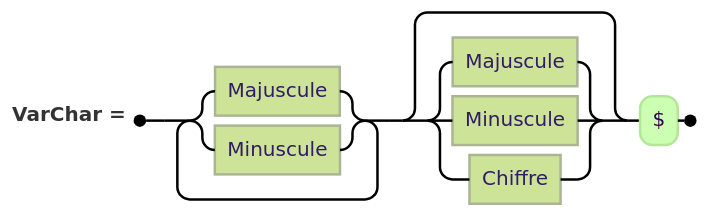
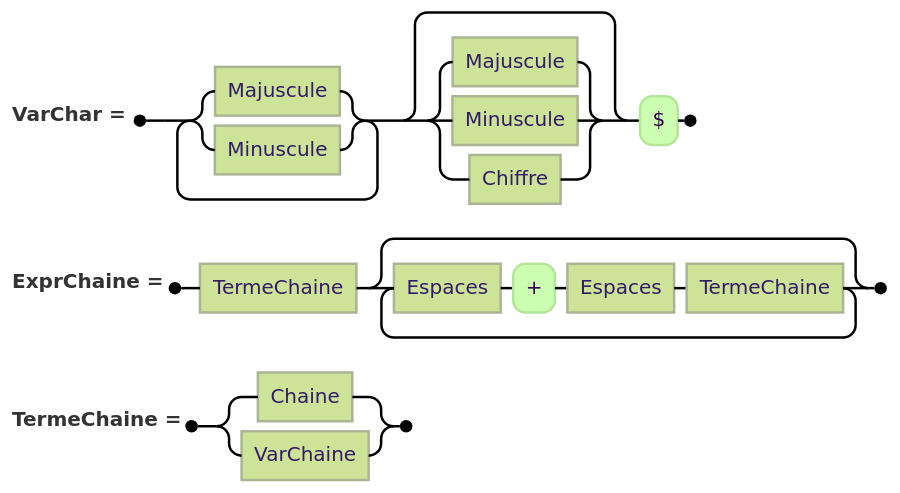
The eighth of 10 diagrams in library/books/SyntaxeDuBasic.md (VFD/SanyoPHC25), drawn with Mermaid (forest theme) before and after one commit. The commit also changed other lines of this file, not shown here.

````diff
--- a/library/books/SyntaxeDuBasic.md
+++ b/library/books/SyntaxeDuBasic.md
@@ -107,5 +121,11 @@
 ```mermaid
 railroad-peg-beta
 
 VarChar <- ( Majuscule / Minuscule )+ (Majuscule / Minuscule / Chiffre )? "$" ;
+
+ExprChaine <- TermeChaine (Espaces "+" Espaces TermeChaine)* ;
+
+TermeChaine <- Chaine / VarChaine ;
+
+
 ```
````
